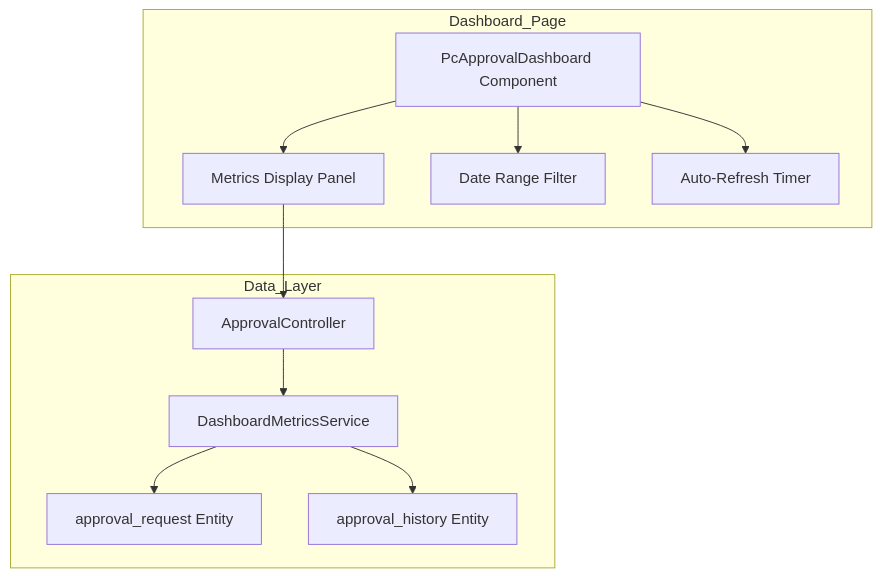
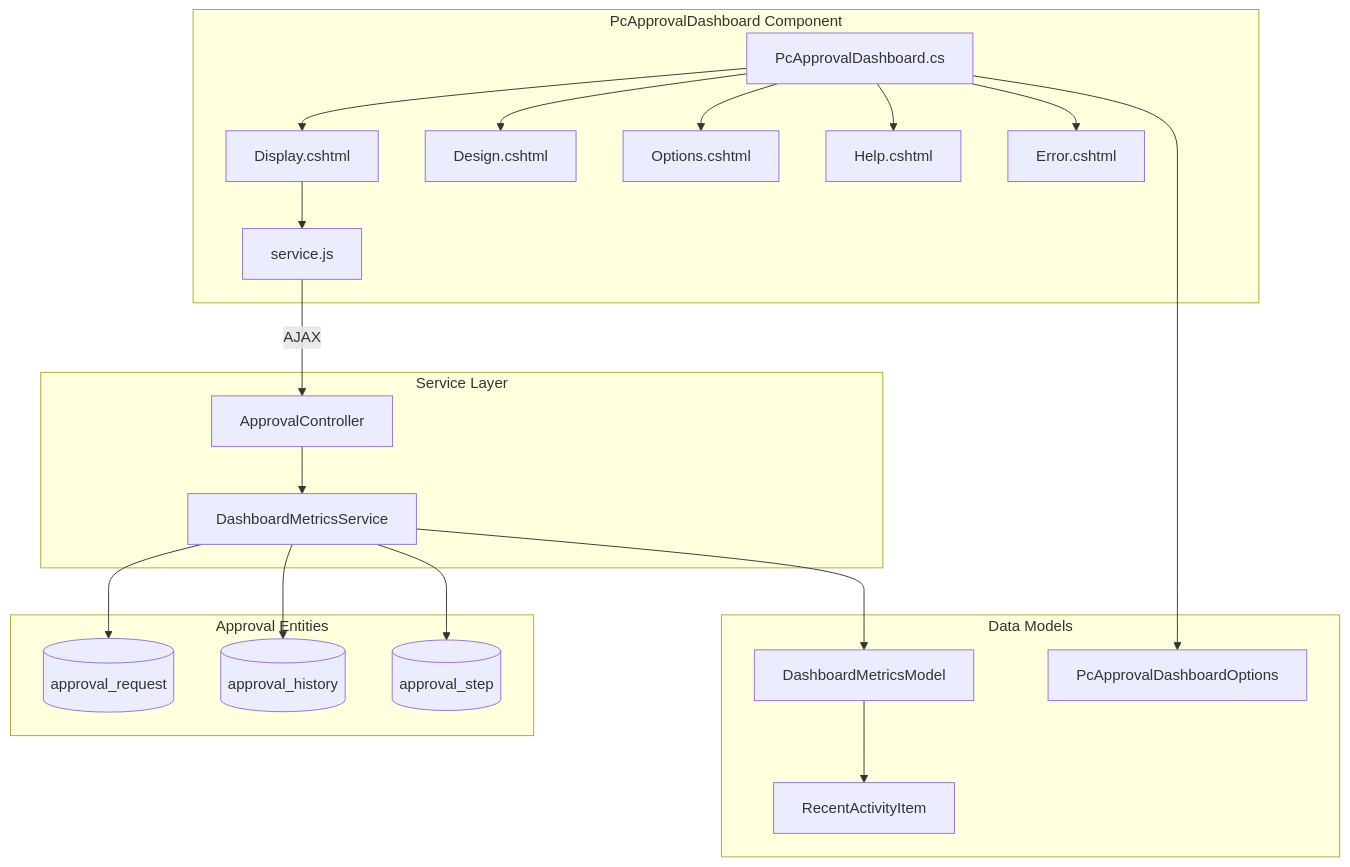
The fourth of 6 diagrams in blitzy/documentation/Technical Specifications.md (blitzy-public-samples/blitzy-WebVella-ERP), drawn with Mermaid before and after one commit. The commit also changed other lines of this file, not shown here.

````diff
--- a/blitzy/documentation/Technical Specifications.md
+++ b/blitzy/documentation/Technical Specifications.md
@@ -455,24 +735,44 @@
 ```mermaid
 graph TD
-    subgraph Dashboard_Page
-        A[PcApprovalDashboard Component]
-        B[Metrics Display Panel]
-        C[Date Range Filter]
-        D[Auto-Refresh Timer]
+    subgraph Dashboard_Component["PcApprovalDashboard Component"]
+        CS[PcApprovalDashboard.cs]
+        Display[Display.cshtml]
+        Design[Design.cshtml]
+        Options[Options.cshtml]
+        Help[Help.cshtml]
+        Error[Error.cshtml]
+        ServiceJS[service.js]
     end
     
-    subgraph Data_Layer
-        E[ApprovalController]
-        F[DashboardMetricsService]
-        G[approval_request Entity]
-        H[approval_history Entity]
+    subgraph Service_Layer["Service Layer"]
+        MetricsSvc[DashboardMetricsService]
+        Controller[ApprovalController]
     end
     
-    A --> B
-    A --> C
-    A --> D
-    B --> E
-    E --> F
-    F --> G
-    F --> H
+    subgraph Models["Data Models"]
+        MetricsModel[DashboardMetricsModel]
+        ActivityItem[RecentActivityItem]
+        OptionsModel[PcApprovalDashboardOptions]
+    end
+    
+    subgraph Data["Approval Entities"]
+        Request[(approval_request)]
+        History[(approval_history)]
+        Step[(approval_step)]
+    end
+    
+    CS --> Display
+    CS --> Design
+    CS --> Options
+    CS --> Help
+    CS --> Error
+    Display --> ServiceJS
+    ServiceJS -->|AJAX| Controller
+    Controller --> MetricsSvc
+    MetricsSvc --> MetricsModel
+    MetricsModel --> ActivityItem
+    CS --> OptionsModel
+    MetricsSvc --> Request
+    MetricsSvc --> History
+    MetricsSvc --> Step
 ```
````
